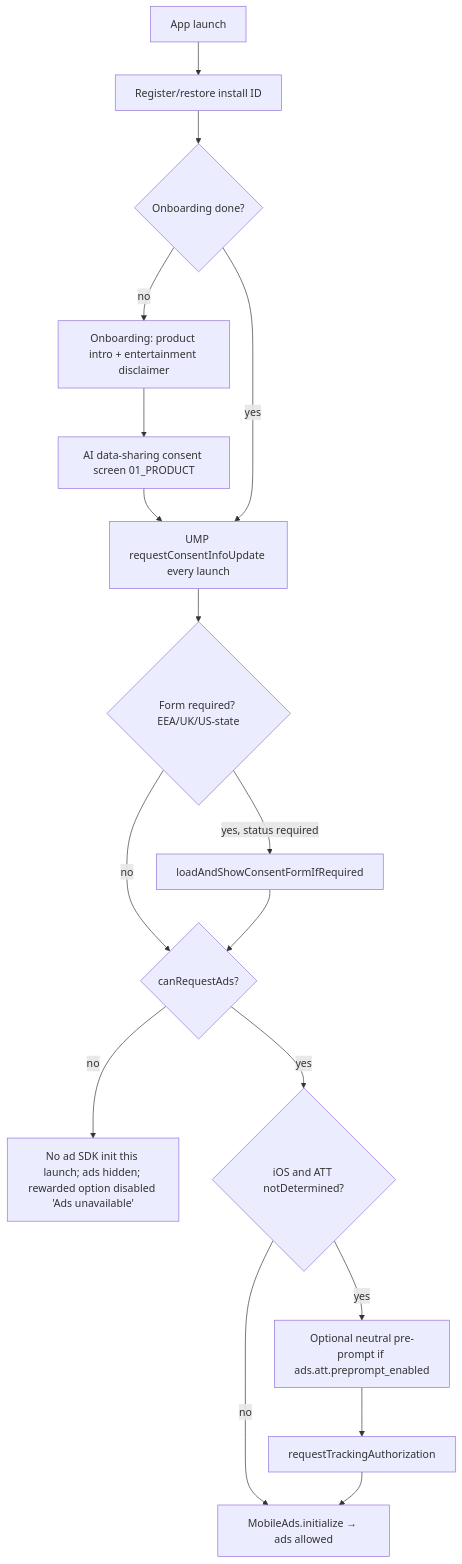
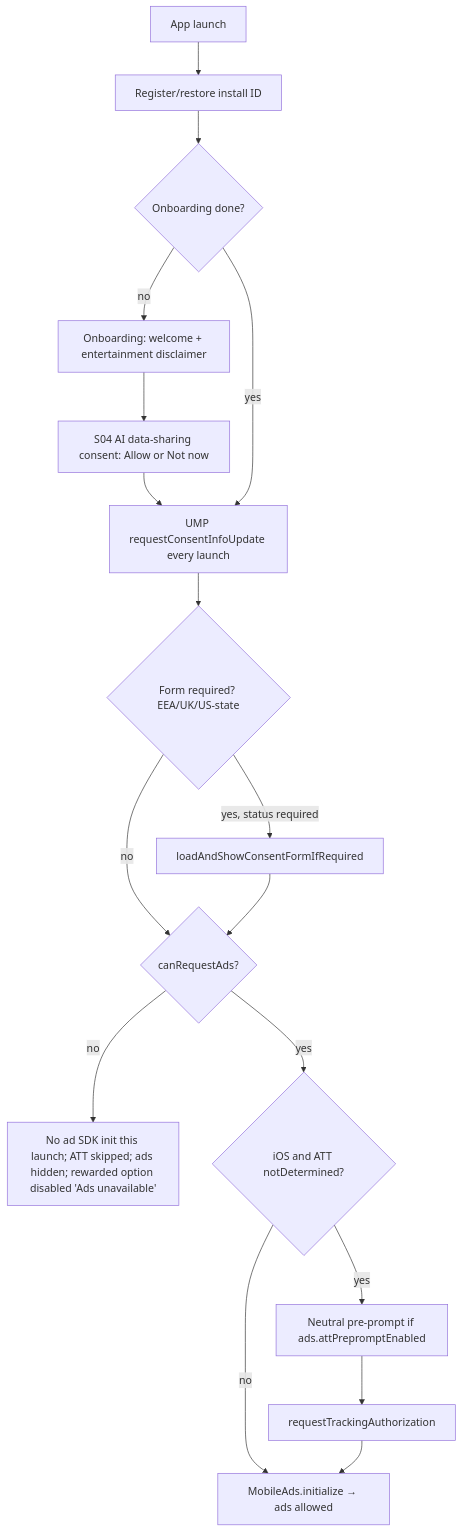
Before and after one commit to Mc231/taro: the second of 2 diagrams in docs/specs/04_MONETIZATION.md, drawn with Mermaid. The commit also changed other lines of this file and 23 other files, not shown here.

````diff
--- a/docs/specs/04_MONETIZATION.md
+++ b/docs/specs/04_MONETIZATION.md
@@ -347,19 +397,19 @@
 ```mermaid
 flowchart TD
   L[App launch] --> R[Register/restore install ID]
   R --> O{Onboarding done?}
-  O -- no --> OB[Onboarding: product intro + entertainment disclaimer]
-  OB --> AIC[AI data-sharing consent screen 01_PRODUCT]
+  O -- no --> OB[Onboarding: welcome + entertainment disclaimer]
+  OB --> AIC[S04 AI data-sharing consent: Allow or Not now]
   AIC --> UMP
   O -- yes --> UMP[UMP requestConsentInfoUpdate every launch]
   UMP --> F{Form required? EEA/UK/US-state}
   F -- yes, status required --> SF[loadAndShowConsentFormIfRequired]
   F -- no --> C1
   SF --> C1{canRequestAds?}
-  C1 -- no --> NOADS[No ad SDK init this launch; ads hidden; rewarded option disabled 'Ads unavailable']
+  C1 -- no --> NOADS[No ad SDK init this launch; ATT skipped; ads hidden; rewarded option disabled 'Ads unavailable']
   C1 -- yes --> IOS{iOS and ATT notDetermined?}
-  IOS -- yes --> PP[Optional neutral pre-prompt if ads.att.preprompt_enabled]
+  IOS -- yes --> PP[Neutral pre-prompt if ads.attPrepromptEnabled]
   PP --> ATT[requestTrackingAuthorization]
   IOS -- no --> INIT
   ATT --> INIT[MobileAds.initialize → ads allowed]
 ```
````
